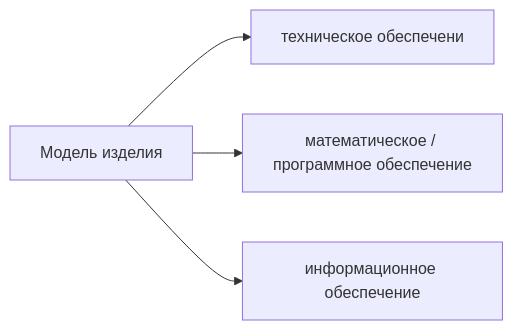
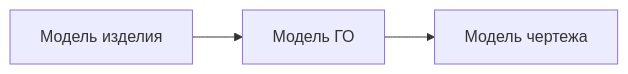
Before and after one commit to advatrix/lectures-bac: the second of 2 diagrams in КГОИ.md, drawn with Mermaid. The commit also changed other lines of this file, not shown here.

````diff
--- a/КГОИ.md
+++ b/КГОИ.md
@@ -746,7 +743,5 @@
 ```mermaid
 graph LR
-A[Модель изделия] --> B[техническое  обеспечени]
-A --> C[математическое / программное обеспечение]
-A --> D[информационное обеспечение]
-
+A[Модель изделия] --> B[Модель ГО]
+B --> C[Модель чертежа]
 ```
````
